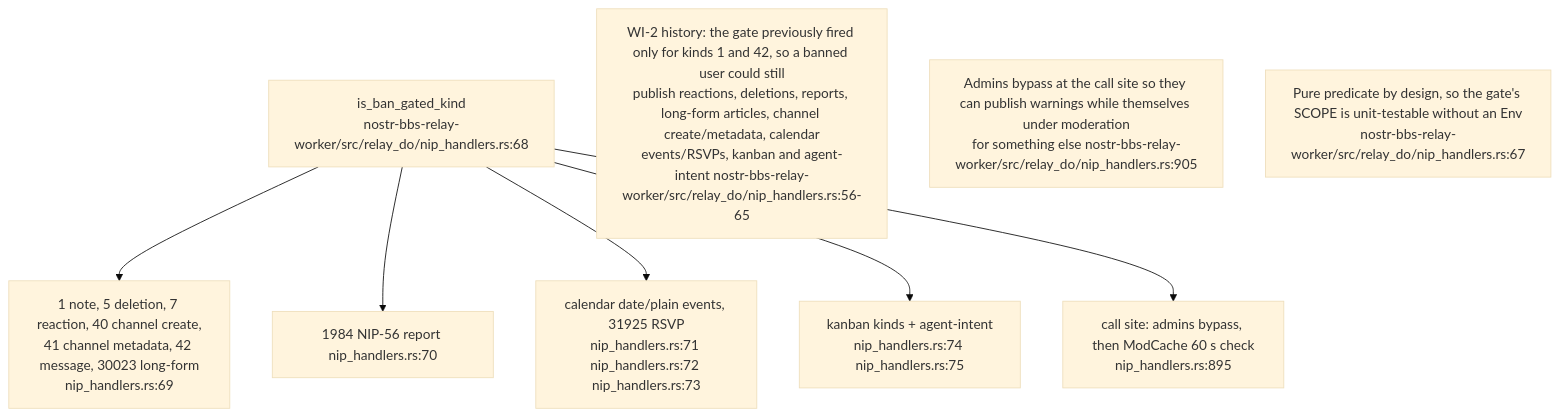
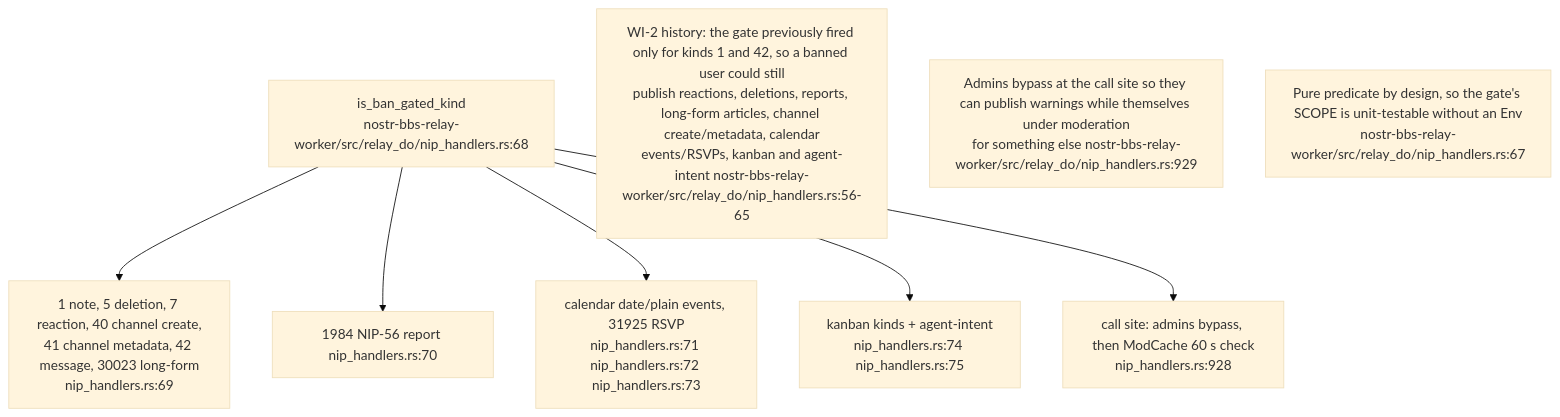
Before and after one commit to DreamLab-AI/VisionFlow: the sixth of 14 diagrams in docs/diagrams/nostr-rust-forum/03-relay-worker-admission-auth-and-trust.md, drawn with Mermaid (base theme). The commit also changed other lines of this file and 111 other files, not shown here.

Commit message:
docs(diagrams): align estate maps with current source

````diff
--- a/docs/diagrams/nostr-rust-forum/03-relay-worker-admission-auth-and-trust.md
+++ b/docs/diagrams/nostr-rust-forum/03-relay-worker-admission-auth-and-trust.md
@@ -169,16 +169,16 @@
 ```mermaid
 flowchart TB
     GATE["is_ban_gated_kind<br/>nostr-bbs-relay-worker/src/relay_do/nip_handlers.rs:68"]
     LIT["1 note, 5 deletion, 7 reaction, 40 channel create,<br/>41 channel metadata, 42 message, 30023 long-form<br/>nip_handlers.rs:69"]
     REP["1984 NIP-56 report nip_handlers.rs:70"]
     CAL["calendar date/plain events, 31925 RSVP<br/>nip_handlers.rs:71 nip_handlers.rs:72 nip_handlers.rs:73"]
     KAN["kanban kinds + agent-intent<br/>nip_handlers.rs:74 nip_handlers.rs:75"]
-    CALL["call site: admins bypass, then ModCache 60 s check<br/>nip_handlers.rs:895"]
+    CALL["call site: admins bypass, then ModCache 60 s check<br/>nip_handlers.rs:928"]
 
     GATE --> LIT & REP & CAL & KAN
     GATE --> CALL
 
     N1["WI-2 history: the gate previously fired only for kinds 1 and 42, so a banned user could still<br/>publish reactions, deletions, reports, long-form articles, channel create/metadata, calendar<br/>events/RSVPs, kanban and agent-intent nostr-bbs-relay-worker/src/relay_do/nip_handlers.rs:56-65"]
-    N2["Admins bypass at the call site so they can publish warnings while themselves under moderation<br/>for something else nostr-bbs-relay-worker/src/relay_do/nip_handlers.rs:905"]
+    N2["Admins bypass at the call site so they can publish warnings while themselves under moderation<br/>for something else nostr-bbs-relay-worker/src/relay_do/nip_handlers.rs:929"]
     N3["Pure predicate by design, so the gate's SCOPE is unit-testable without an Env<br/>nostr-bbs-relay-worker/src/relay_do/nip_handlers.rs:67"]
 ```
````
